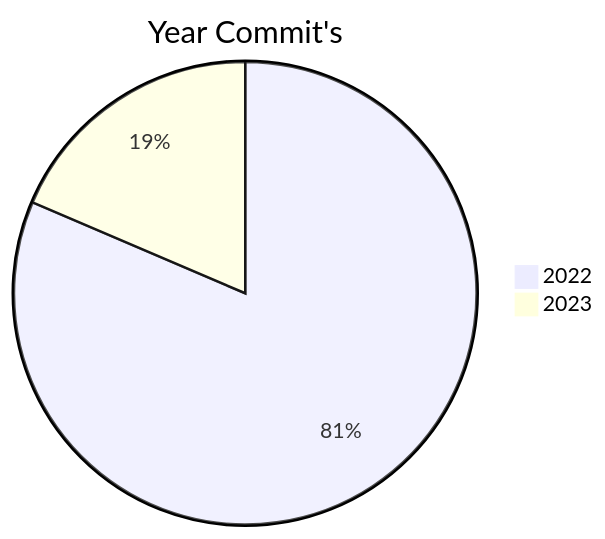
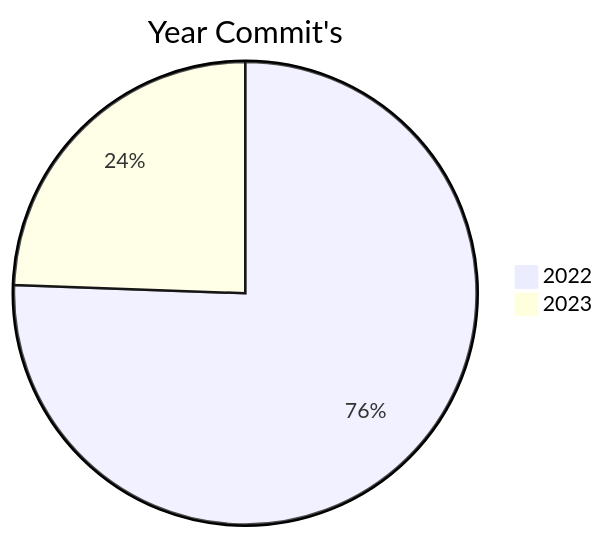
The first of 2 diagrams in README.md (BackdevHong/YOC), drawn with Mermaid before and after one commit. The commit also changed other lines of this file, not shown here.

````diff
--- a/README.md
+++ b/README.md
@@ -8,5 +8,5 @@
 ```mermaid
 pie title Year Commit's
     "2022" : 767
-    "2023" : 175
+    "2023" : 248
 ```
````
